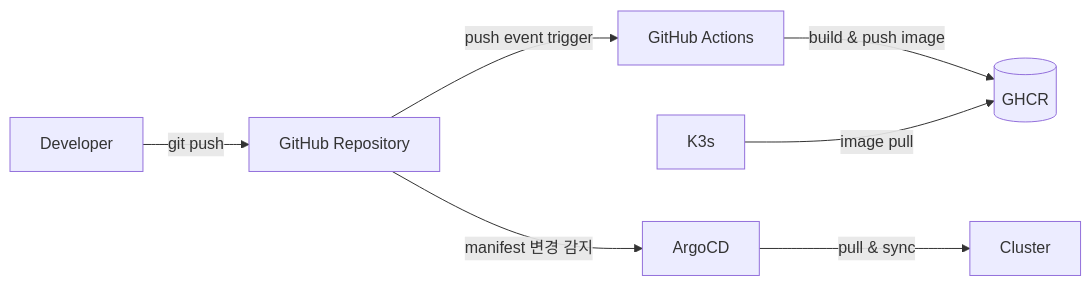
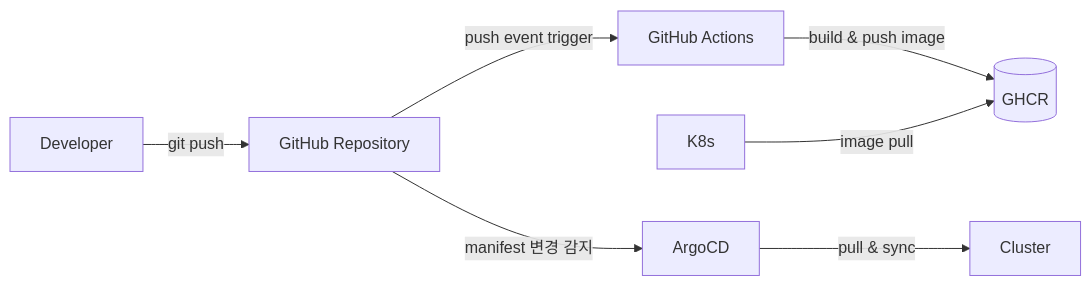
One commit to jaeylim/jaeylim-portfolio changed the first of 3 diagrams in cicd/README.md. Above: the diagram before and after it, drawn with Mermaid.

````diff
--- a/cicd/README.md
+++ b/cicd/README.md
@@ -14,9 +14,9 @@
 ```mermaid
 flowchart LR
     Dev[Developer] -->|git push| Repo[GitHub Repository]
     Repo -->|push event trigger| GHA[GitHub Actions]
     GHA -->|build & push image| GHCR[(GHCR)]
     Repo -->|manifest 변경 감지| Argo[ArgoCD]
     Argo -->|pull & sync| K8S[Cluster]
-    K3s -->|image pull| GHCR
+    K8s -->|image pull| GHCR
 ```
````
